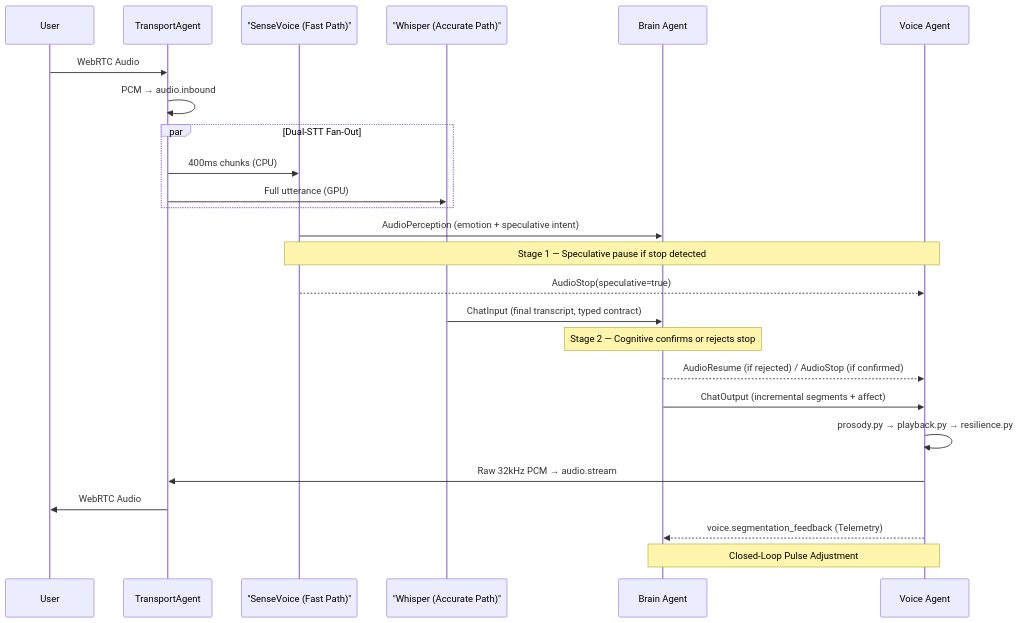
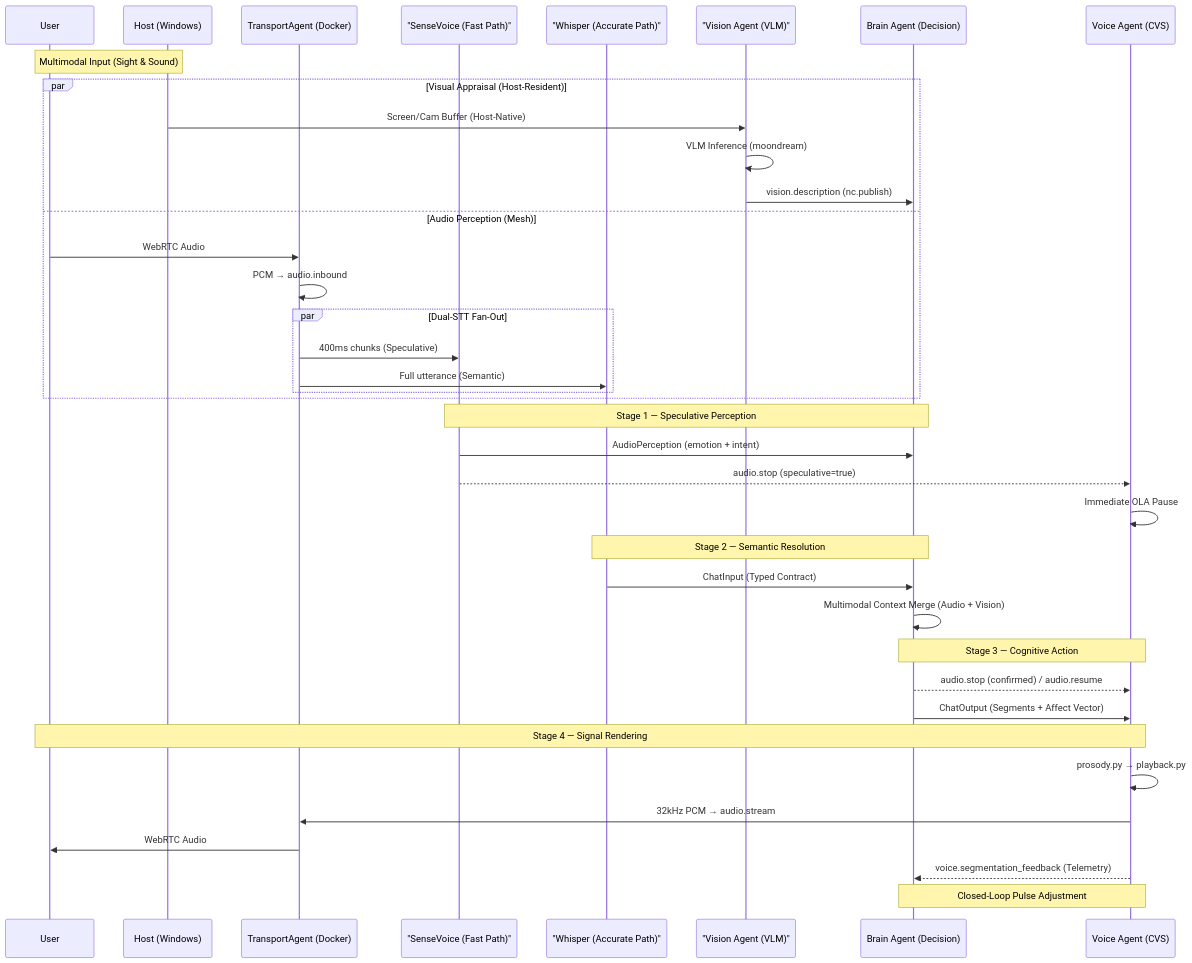
One commit to Aniket-a14/AI_friend changed the second of 2 diagrams in README.md. Above: the diagram before and after it, drawn with Mermaid. The commit also changed other lines of this file, not shown here.

````diff
--- a/README.md
+++ b/README.md
@@ -125,32 +125,45 @@
 ```mermaid
 sequenceDiagram
     participant U as User
-    participant T as TransportAgent
+    participant H as Host (Windows)
+    participant T as TransportAgent (Docker)
     participant SV as "SenseVoice (Fast Path)"
     participant W as "Whisper (Accurate Path)"
-    participant B as Brain Agent
-    participant V as Voice Agent
+    participant VA as "Vision Agent (VLM)"
+    participant B as Brain Agent (Decision)
+    participant V as Voice Agent (CVS)
 
-    U->>T: WebRTC Audio
-    T->>T: PCM → audio.inbound
-
-    par Dual-STT Fan-Out
-        T->>SV: 400ms chunks (CPU)
-        T->>W: Full utterance (GPU)
+    Note over U, H: Multimodal Input (Sight & Sound)
+    par Visual Appraisal (Host-Resident)
+        H->>VA: Screen/Cam Buffer (Host-Native)
+        VA->>VA: VLM Inference (moondream)
+        VA->>B: vision.description (nc.publish)
+    and Audio Perception (Mesh)
+        U->>T: WebRTC Audio
+        T->>T: PCM → audio.inbound
+        par Dual-STT Fan-Out
+            T->>SV: 400ms chunks (Speculative)
+            T->>W: Full utterance (Semantic)
+        end
     end
 
-    SV->>B: AudioPerception (emotion + speculative intent)
-    Note over SV,V: Stage 1 — Speculative pause if stop detected
-    SV-->>V: AudioStop(speculative=true)
+    Note over SV, B: Stage 1 — Speculative Perception
+    SV->>B: AudioPerception (emotion + intent)
+    SV-->>V: audio.stop (speculative=true)
+    V->>V: Immediate OLA Pause
 
-    W->>B: ChatInput (final transcript, typed contract)
-    Note over B: Stage 2 — Cognitive confirms or rejects stop
-    B-->>V: AudioResume (if rejected) / AudioStop (if confirmed)
-
-    B->>V: ChatOutput (incremental segments + affect)
-    V->>V: prosody.py → playback.py → resilience.py
-    V->>T: Raw 32kHz PCM → audio.stream
+    Note over W, B: Stage 2 — Semantic Resolution
+    W->>B: ChatInput (Typed Contract)
+    B->>B: Multimodal Context Merge (Audio + Vision)
+    
+    Note over B, V: Stage 3 — Cognitive Action
+    B-->>V: audio.stop (confirmed) / audio.resume
+    B->>V: ChatOutput (Segments + Affect Vector)
+    
+    Note over V, U: Stage 4 — Signal Rendering
+    V->>V: prosody.py → playback.py
+    V->>T: 32kHz PCM → audio.stream
     T->>U: WebRTC Audio
     V-->>B: voice.segmentation_feedback (Telemetry)
     Note over B,V: Closed-Loop Pulse Adjustment
 ```
````
